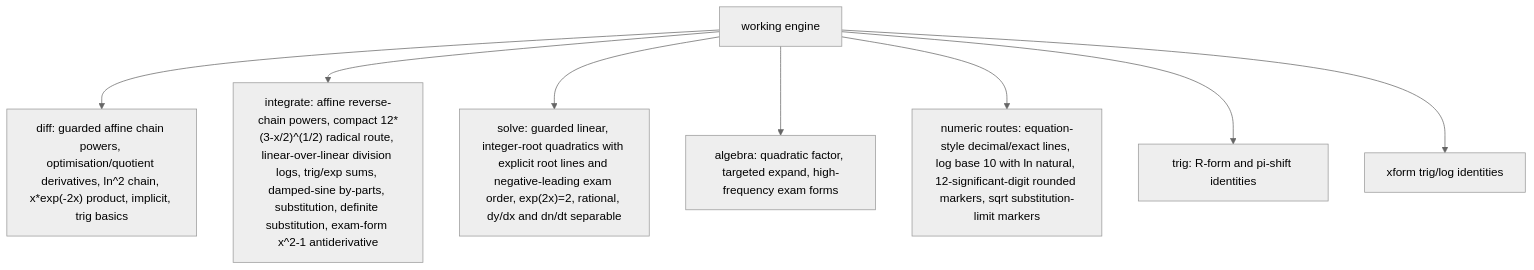
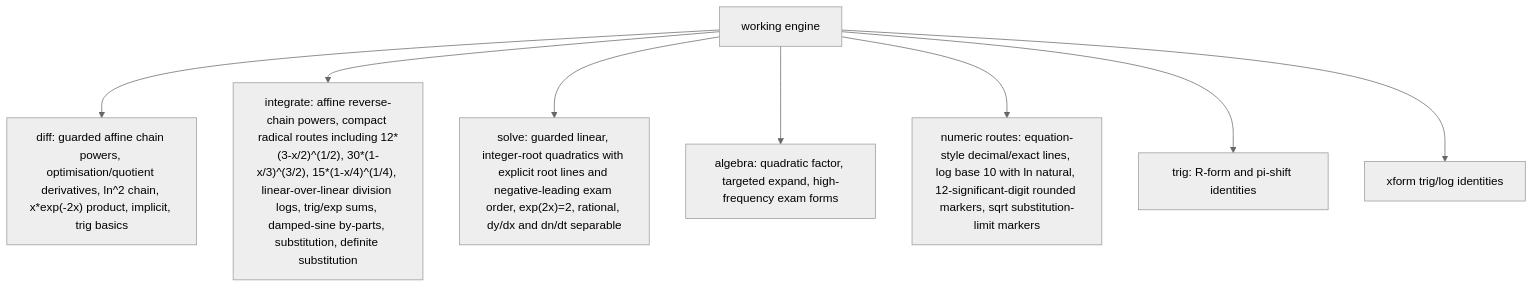
One commit to james8464/notes-addin-casio-fx-cg50 changed the third of 6 diagrams in docs/GRAPH.md. Above: the diagram before and after it, drawn with Mermaid (neutral theme). The commit also changed other lines of this file and 3 other files, not shown here.

Commit message:
improve compact radical routes

````diff
--- a/docs/GRAPH.md
+++ b/docs/GRAPH.md
@@ -36,10 +36,10 @@
 ```mermaid
 graph TD
   Work["working engine"] --> Diff["diff: guarded affine chain powers, optimisation/quotient derivatives, ln^2 chain, x*exp(-2x) product, implicit, trig basics"]
-  Work --> Int["integrate: affine reverse-chain powers, compact 12*(3-x/2)^(1/2) radical route, linear-over-linear division logs, trig/exp sums, damped-sine by-parts, substitution, definite substitution, exam-form x^2-1 antiderivative"]
+  Work --> Int["integrate: affine reverse-chain powers, compact radical routes including 12*(3-x/2)^(1/2), 30*(1-x/3)^(3/2), 15*(1-x/4)^(1/4), linear-over-linear division logs, trig/exp sums, damped-sine by-parts, substitution, definite substitution"]
   Work --> Solve["solve: guarded linear, integer-root quadratics with explicit root lines and negative-leading exam order, exp(2x)=2, rational, dy/dx and dn/dt separable"]
   Work --> Alg["algebra: quadratic factor, targeted expand, high-frequency exam forms"]
   Work --> Num["numeric routes: equation-style decimal/exact lines, log base 10 with ln natural, 12-significant-digit rounded markers, sqrt substitution-limit markers"]
   Work --> Trig["trig: R-form and pi-shift identities"]
   Work --> Xform["xform trig/log identities"]
 ```
````
